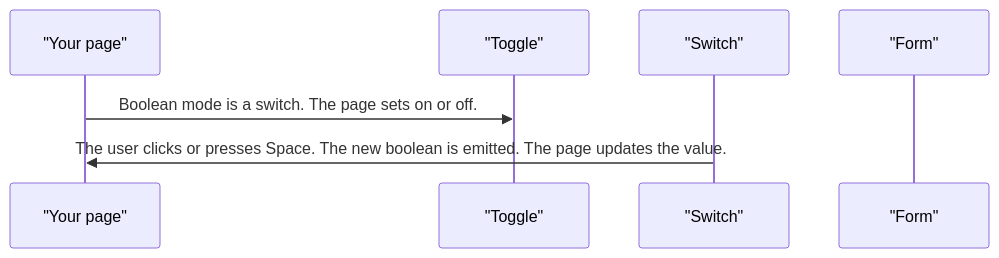
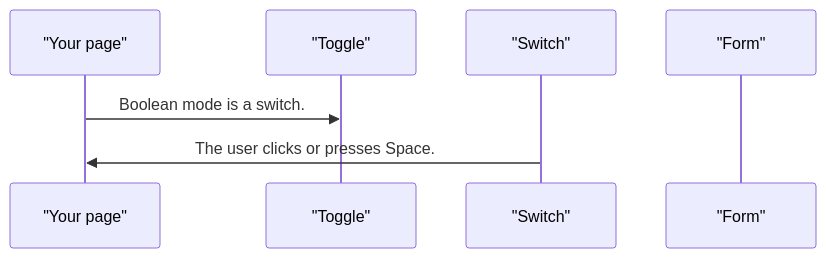
The second of 3 diagrams in projects/pixel-ui/src/lib/pixel-toggle/DESIGN.md (RajshekharBorate/pixel-ui), drawn with Mermaid before and after one commit. The commit also changed other lines of this file and 80 other files, not shown here.

Commit message:
Fill missing design flows and correct the stories that did not match component behavior.

````diff
--- a/projects/pixel-ui/src/lib/pixel-toggle/DESIGN.md
+++ b/projects/pixel-ui/src/lib/pixel-toggle/DESIGN.md
@@ -49,9 +49,9 @@
 ```mermaid
 sequenceDiagram
   participant page as "Your page"
   participant toggle as "Toggle"
   participant sw as "Switch"
   participant form as "Form"
-  page->>toggle: Boolean mode is a switch. The page sets on or off.
-  sw->>page: The user clicks or presses Space. The new boolean is emitted. The page updates the value.
+  page->>toggle: Boolean mode is a switch.
+  sw->>page: The user clicks or presses Space.
 ```
````
